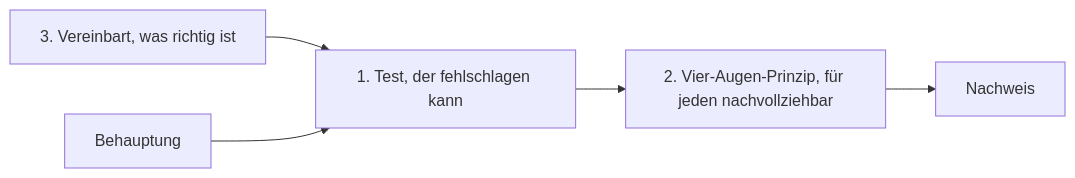
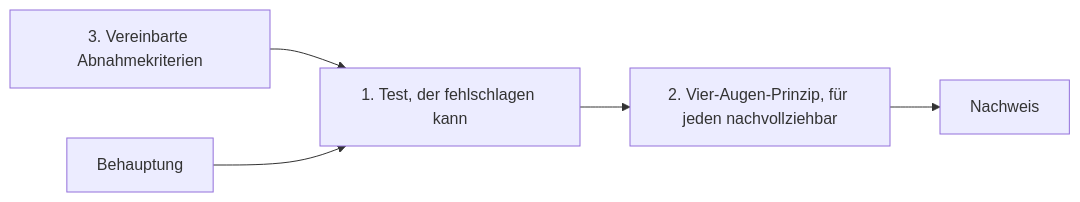
One commit to pulseengine/pulseengine.eu changed the second of 2 diagrams in content/blog/2026-11-20-code-got-cheap-trust-didnt.md. Above: the diagram before and after it, drawn with Mermaid. The commit also changed other lines of this file and 2 other files, not shown here.

```diff
--- a/content/blog/2026-11-20-code-got-cheap-trust-didnt.md
+++ b/content/blog/2026-11-20-code-got-cheap-trust-didnt.md
@@ -87,7 +105,7 @@
 <pre class="mermaid">
 flowchart LR
-    D["3. Vereinbart, was richtig ist"] --> B
+    D["3. Vereinbarte Abnahmekriterien"] --> B
     A["Behauptung"] --> B["1. Test, der fehlschlagen kann"]
     B --> C["2. Vier-Augen-Prinzip, für jeden nachvollziehbar"]
     C --> E["Nachweis"]
 </pre>
```
